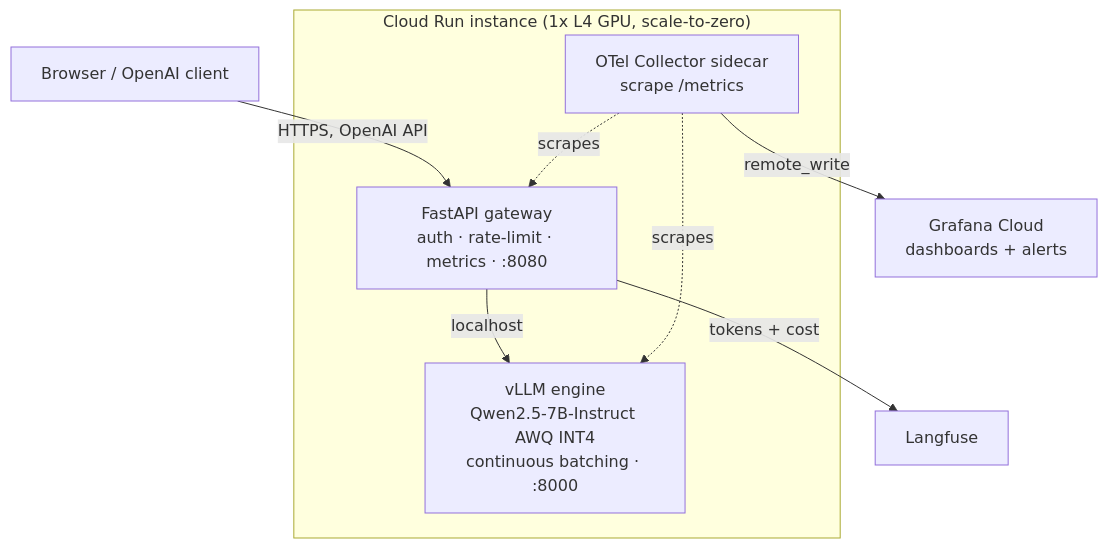
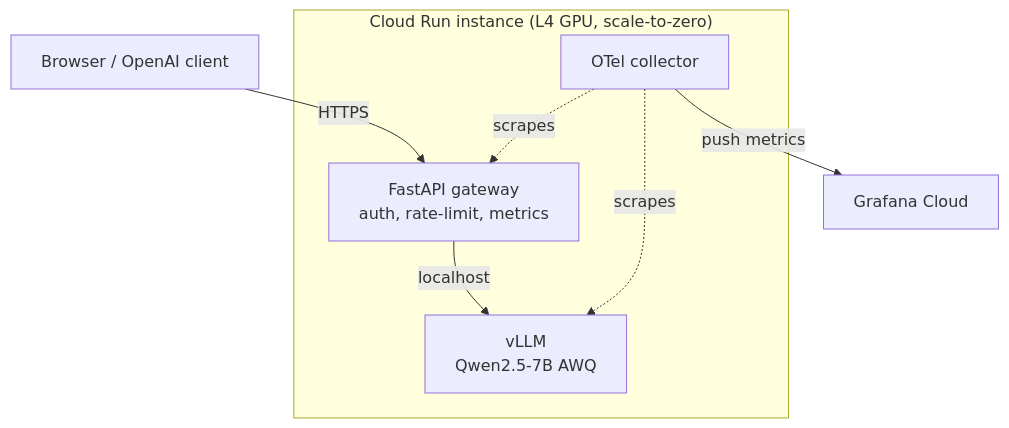
Before and after one commit to ShibaWang-1028/llm-inference-service: the diagram in README.md, drawn with Mermaid. The commit also changed other lines of this file and 8 other files, not shown here.

Commit message:
clean up: plainer wording (no dashes), drop unused schemas, rewrite readme, ignore generated results

````diff
--- a/README.md
+++ b/README.md
@@ -45,14 +34,13 @@
 ```mermaid
 flowchart TD
-    Browser["Browser / OpenAI client"] -->|HTTPS, OpenAI API| GW
-    subgraph CR["Cloud Run instance (1x L4 GPU, scale-to-zero)"]
-        GW["FastAPI gateway<br/>auth · rate-limit · metrics · :8080"]
-        VLLM["vLLM engine<br/>Qwen2.5-7B-Instruct AWQ INT4<br/>continuous batching · :8000"]
-        COL["OTel Collector sidecar<br/>scrape /metrics"]
+    Browser["Browser / OpenAI client"] -->|HTTPS| GW
+    subgraph CR["Cloud Run instance (L4 GPU, scale-to-zero)"]
+        GW["FastAPI gateway<br/>auth, rate-limit, metrics"]
+        VLLM["vLLM<br/>Qwen2.5-7B AWQ"]
+        COL["OTel collector"]
         GW -->|localhost| VLLM
         COL -.scrapes.-> GW
         COL -.scrapes.-> VLLM
     end
-    COL -->|remote_write| Grafana["Grafana Cloud<br/>dashboards + alerts"]
-    GW -->|tokens + cost| Langfuse["Langfuse"]
+    COL -->|push metrics| Grafana["Grafana Cloud"]
 ```
````
